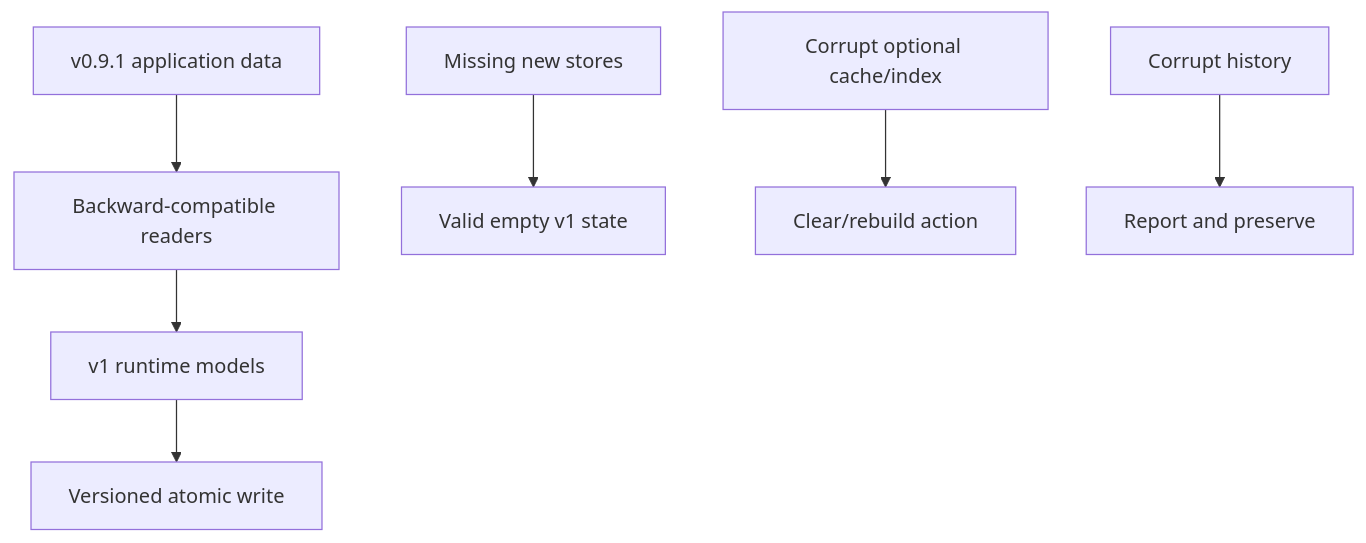
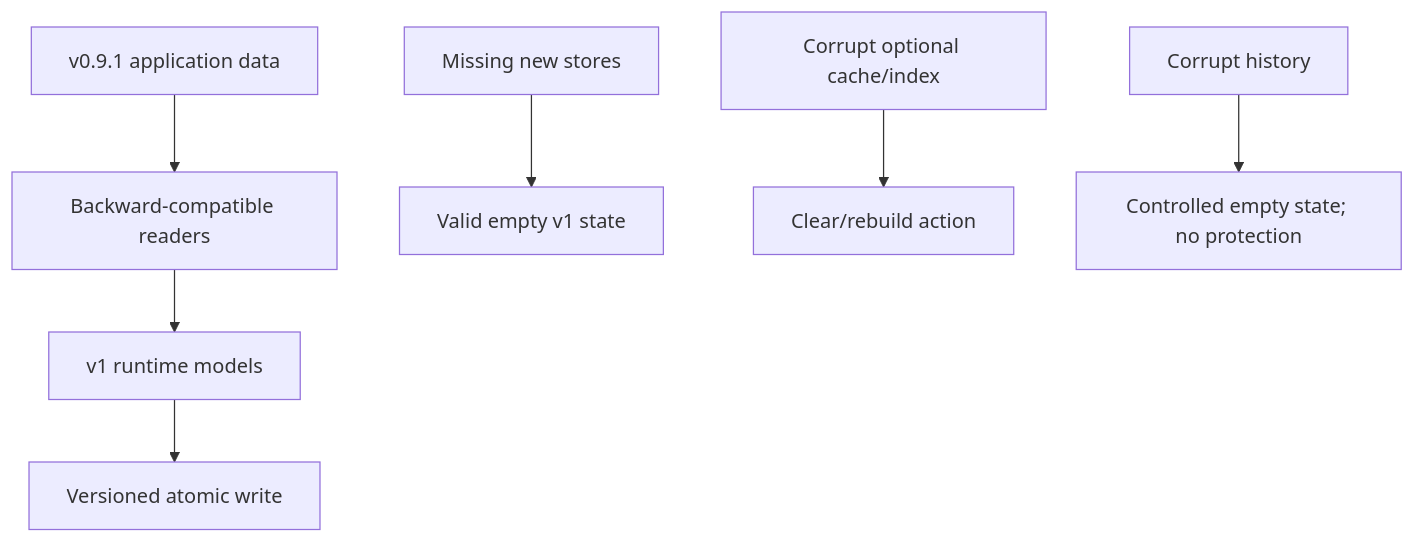
Before and after one commit to nishdel/OpenSorSe: the diagram in docs/Architecture/05_Database/09_v1_Local_Content_Stores_and_Migrations.md, drawn with Mermaid. The commit also changed other lines of this file and 33 other files, not shown here.

````diff
--- a/docs/Architecture/05_Database/09_v1_Local_Content_Stores_and_Migrations.md
+++ b/docs/Architecture/05_Database/09_v1_Local_Content_Stores_and_Migrations.md
@@ -15,9 +15,9 @@
 ```mermaid
 flowchart TD
     Old["v0.9.1 application data"] --> Compatible["Backward-compatible readers"]
     Compatible --> V1["v1 runtime models"]
     Missing["Missing new stores"] --> Empty["Valid empty v1 state"]
     CorruptCache["Corrupt optional cache/index"] --> Recover["Clear/rebuild action"]
-    CorruptHistory["Corrupt history"] --> Preserve["Report and preserve"]
+    CorruptHistory["Corrupt history"] --> EmptyHistory["Controlled empty state; no protection"]
     V1 --> Atomic["Versioned atomic write"]
 ```
````
